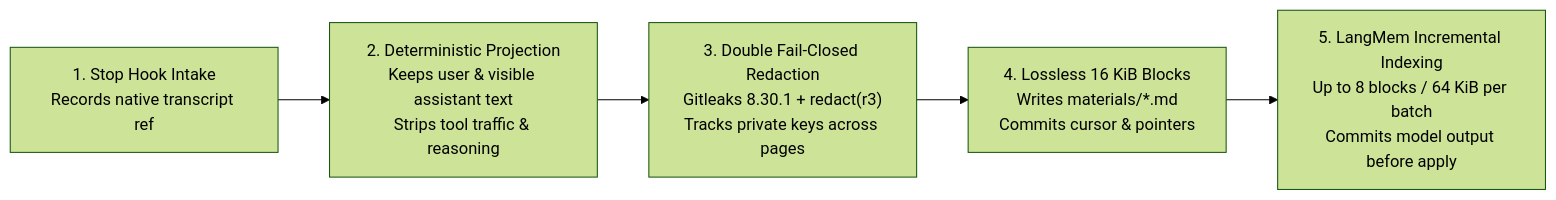
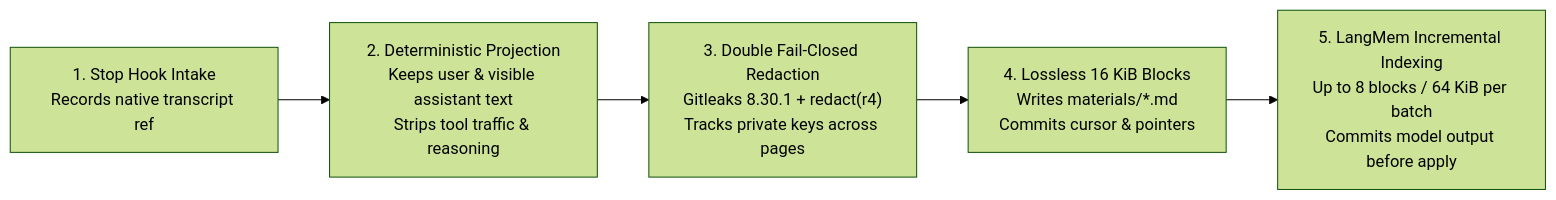
Before and after one commit to mindie-agent/knowledge: the diagram in docs/public-transcript-capture.md, drawn with Mermaid (forest theme). The commit also changed other lines of this file and 55 other files, not shown here.

````diff
--- a/docs/public-transcript-capture.md
+++ b/docs/public-transcript-capture.md
@@ -11,7 +11,7 @@
 ```mermaid
 flowchart LR
   Hook["1. Stop Hook Intake<br/>Records native transcript ref"] --> Parse["2. Deterministic Projection<br/>Keeps user & visible assistant text<br/>Strips tool traffic & reasoning"]
-  Parse --> Redact["3. Double Fail-Closed Redaction<br/>Gitleaks 8.30.1 + redact(r3)<br/>Tracks private keys across pages"]
+  Parse --> Redact["3. Double Fail-Closed Redaction<br/>Gitleaks 8.30.1 + redact(r4)<br/>Tracks private keys across pages"]
   Redact --> Split["4. Lossless 16 KiB Blocks<br/>Writes materials/*.md<br/>Commits cursor & pointers"]
   Split --> Index["5. LangMem Incremental Indexing<br/>Up to 8 blocks / 64 KiB per batch<br/>Commits model output before apply"]
 ```
````
